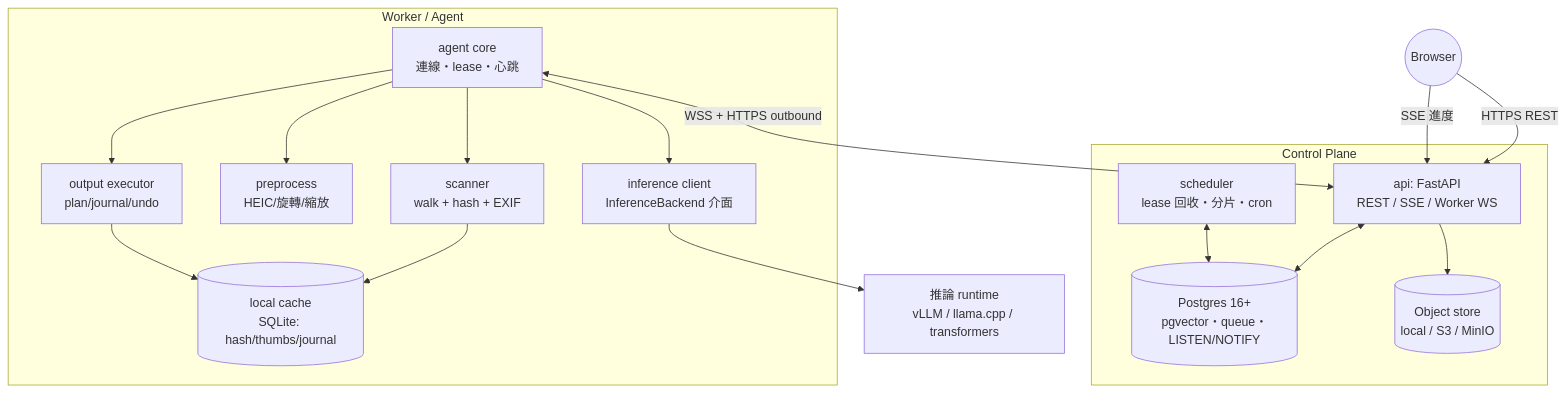
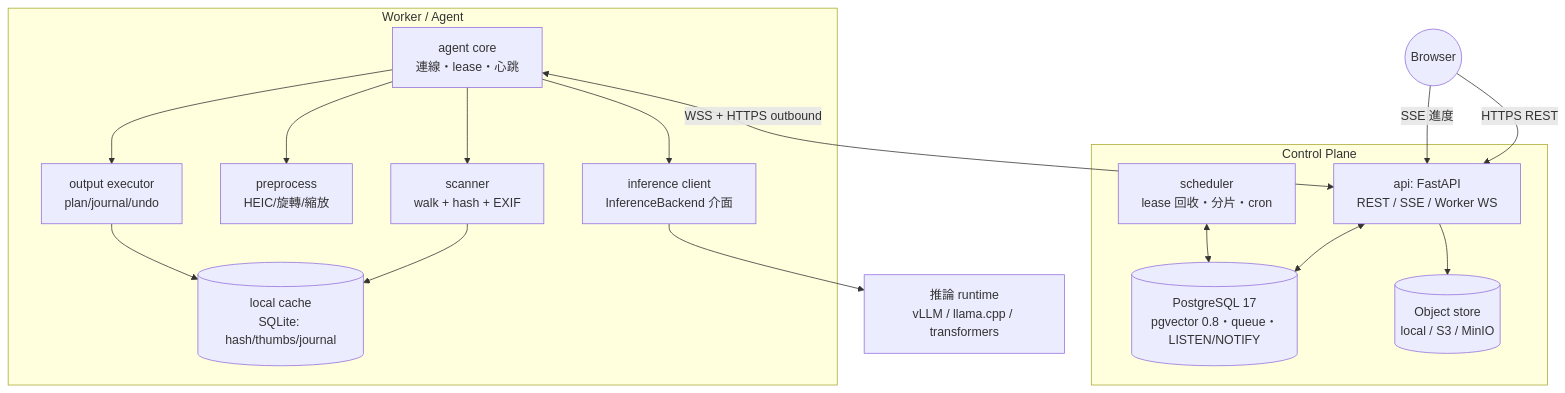
One commit to romanticamaj/openphotoagent changed the second of 6 diagrams in docs/02-system-architecture.md. Above: the diagram before and after it, drawn with Mermaid. The commit also changed other lines of this file and 13 other files, not shown here.

First line of the commit message:
docs: feature coverage review; reconcile specs, roadmap, CLI name opagent

````diff
--- a/docs/02-system-architecture.md
+++ b/docs/02-system-architecture.md
@@ -112,24 +118,24 @@
 ```mermaid
 flowchart TB
   Browser((Browser)) -->|HTTPS REST| API
   Browser -->|SSE 進度| API
   subgraph CP[Control Plane]
     API[api: FastAPI<br/>REST / SSE / Worker WS]
     SCH[scheduler<br/>lease 回收・分片・cron]
-    API <--> PG[(Postgres 16+<br/>pgvector・queue・LISTEN/NOTIFY)]
+    API <--> PG[(PostgreSQL 17<br/>pgvector 0.8・queue・LISTEN/NOTIFY)]
     SCH <--> PG
     API --> OBJ[(Object store<br/>local / S3 / MinIO)]
   end
   subgraph Edge[Worker / Agent]
     AG[agent core<br/>連線・lease・心跳]
     SC[scanner<br/>walk + hash + EXIF]
     PP[preprocess<br/>HEIC/旋轉/縮放]
     IR[inference client<br/>InferenceBackend 介面]
     OA[output executor<br/>plan/journal/undo]
     LC[(local cache<br/>SQLite: hash/thumbs/journal)]
     AG --> SC & PP & IR & OA
     SC & OA --> LC
   end
   AG <-->|WSS + HTTPS outbound| API
   IR --> RT[推論 runtime<br/>vLLM / llama.cpp / transformers]
 ```
````
